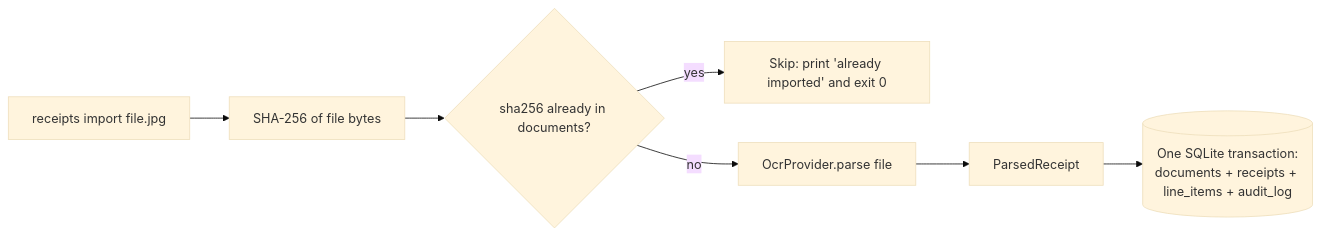
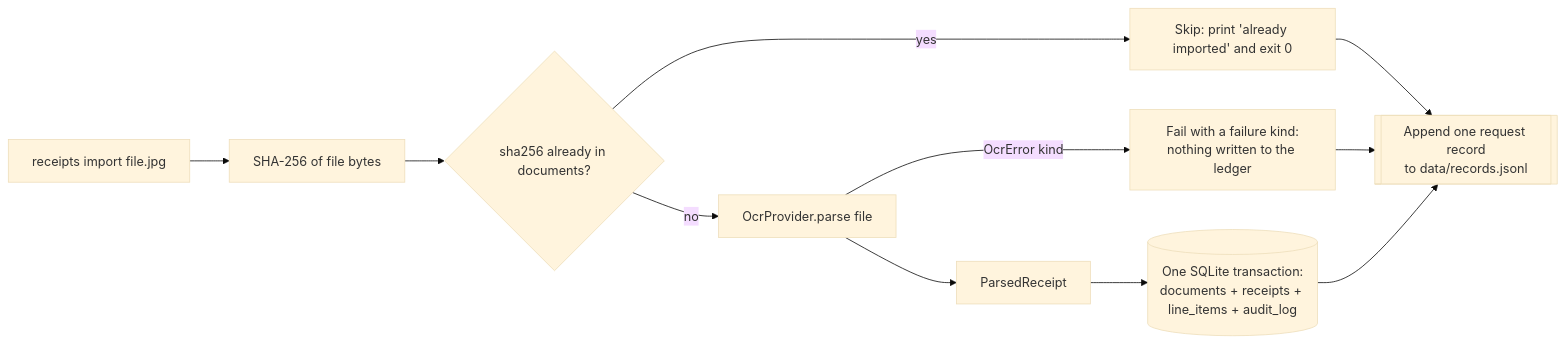
The first of 2 diagrams in docs/implementation-plan.md (Kiwi-223/TI-Fall2026-expense-recipt-tracker), drawn with Mermaid (base theme) before and after one commit. The commit also changed other lines of this file, not shown here.

````diff
--- a/docs/implementation-plan.md
+++ b/docs/implementation-plan.md
@@ -119,9 +140,11 @@
 ```mermaid
 flowchart LR
     A[receipts import file.jpg] --> B[SHA-256 of file bytes]
     B --> C{sha256 already in documents?}
     C -- yes --> D[Skip: print 'already imported' and exit 0]
     C -- no --> E[OcrProvider.parse file]
+    E -- OcrError kind --> X[Fail with a failure kind:<br/>nothing written to the ledger]
     E --> F[ParsedReceipt]
     F --> G[(One SQLite transaction:<br/>documents + receipts + line_items + audit_log)]
+    D & X & G --> R[[Append one request record<br/>to data/records.jsonl]]
 ```
````
